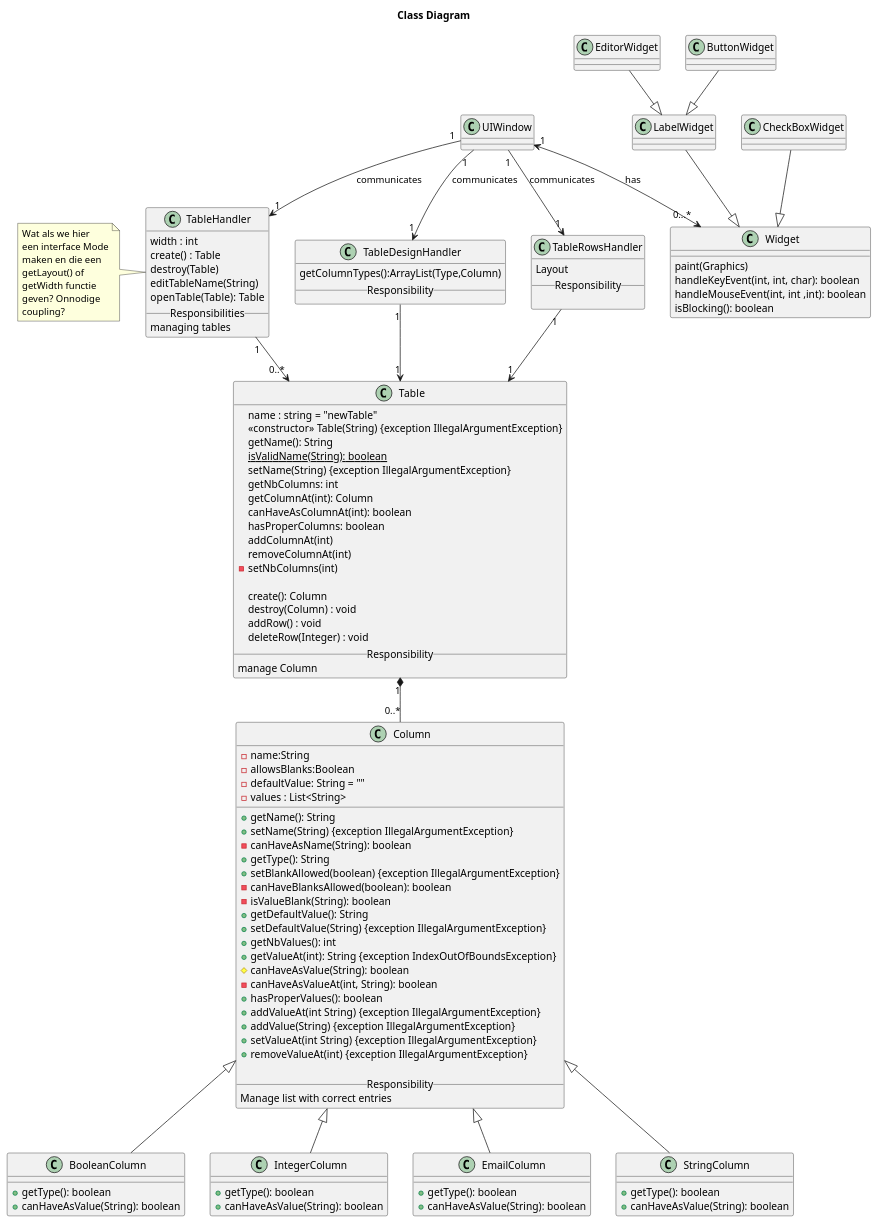
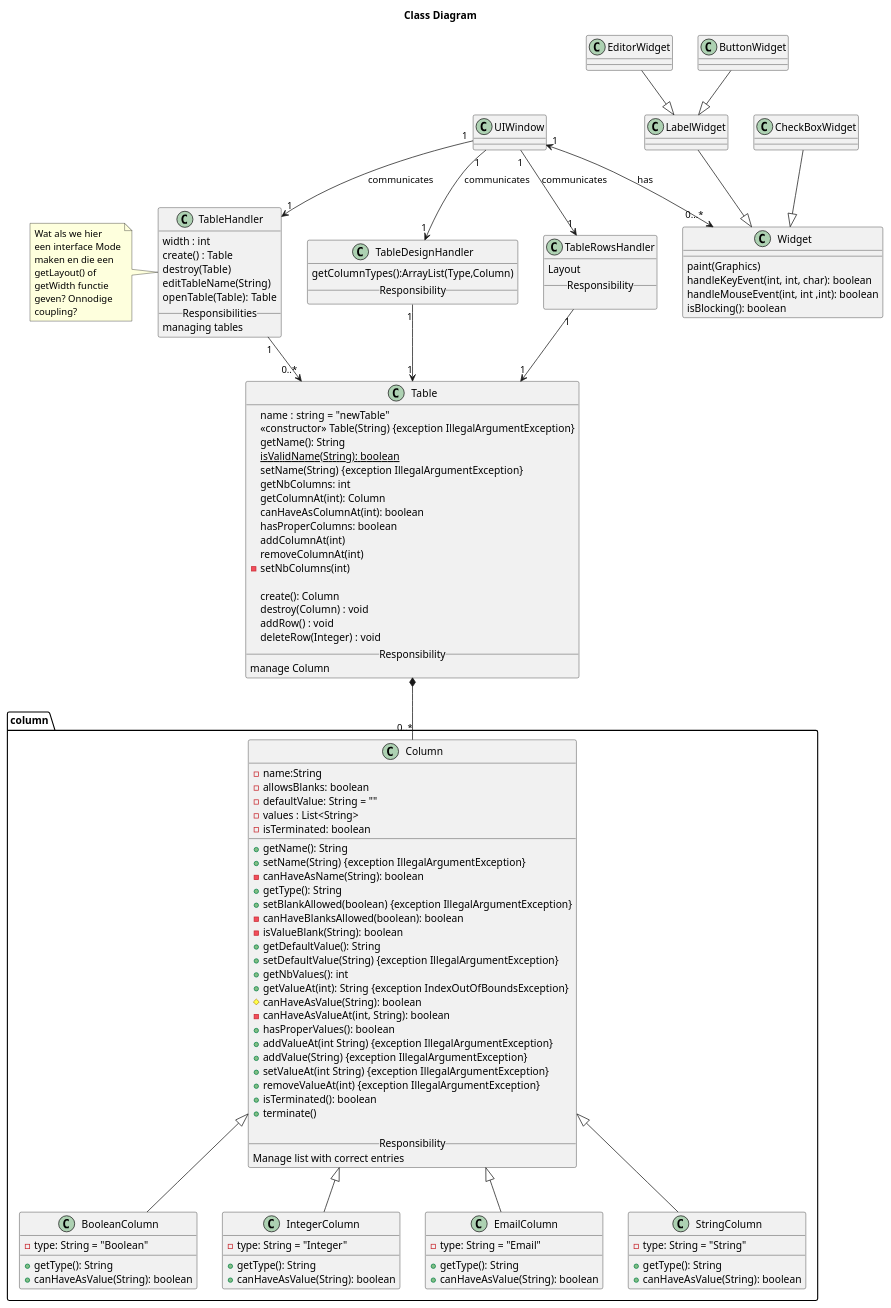
The diagram in diagrams/classDiagrams/classDiagramB.puml (Bhamoss/softwareOntwerpProject), drawn with PlantUML before and after one commit. The commit also changed 5 other files, not shown here.

```diff
--- a/diagrams/classDiagrams/classDiagramB.puml
+++ b/diagrams/classDiagrams/classDiagramB.puml
@@ -1,152 +1,162 @@
 @startuml
 title Class Diagram
 
 class Widget{
     paint(Graphics)
     handleKeyEvent(int, int, char): boolean
     handleMouseEvent(int, int ,int): boolean
     isBlocking(): boolean
 }
 UIWindow "1" <--> "0...*" Widget: has
 
 
 
 class LabelWidget{
 }
 LabelWidget --|> Widget
 
 
 class EditorWidget{
 }
 EditorWidget --|> LabelWidget
 
 class CheckBoxWidget{
 }
 CheckBoxWidget --|> Widget
 class ButtonWidget{
 }
 ButtonWidget --|> LabelWidget
 
 
 
 class UIWindow{
 }
 
 UIWindow "1" --> "1" TableHandler:  communicates
 UIWindow "1" --> "1" TableDesignHandler:  communicates
 UIWindow "1" --> "1" TableRowsHandler:  communicates
 
 
 class TableHandler{
     width : int
     create() : Table
     destroy(Table)
     editTableName(String)
     openTable(Table): Table
     __Responsibilities__
     managing tables
 }
 note left
     Wat als we hier
     een interface Mode
     maken en die een
     getLayout() of
     getWidth functie
     geven? Onnodige
     coupling?
 end note
 TableHandler "1" --> "0..*" Table
 TableDesignHandler "1" --> "1" Table
 TableRowsHandler "1" --> "1" Table
 
 
 class TableDesignHandler{
     getColumnTypes():ArrayList(Type,Column)
 __Responsibility__
 }
 
 class TableRowsHandler{
     Layout
 __Responsibility__
 
 }
 
 class Table{
     name : string = "newTable"
     <<constructor>> Table(String) {exception IllegalArgumentException}
     getName(): String
     isValidName(String): boolean {static}
     setName(String) {exception IllegalArgumentException}
     getNbColumns: int
     getColumnAt(int): Column
     canHaveAsColumnAt(int): boolean
     hasProperColumns: boolean
     addColumnAt(int)
     removeColumnAt(int)
     - setNbColumns(int)
 
     create(): Column
     destroy(Column) : void
     addRow() : void
     deleteRow(Integer) : void
 __Responsibility__
 manage Column
 }
 
-Column <|-- BooleanColumn
-Column <|-- IntegerColumn
-Column <|-- EmailColumn
-Column <|-- StringColumn
+package "column" {
 
-class Column{
-    -name:String
-    -allowsBlanks:Boolean
-    -defaultValue: String = ""
-    -values : List<String>
-    __
-    +getName(): String
-    +setName(String) {exception IllegalArgumentException}
-    -canHaveAsName(String): boolean
-    +getType(): String
-    +setBlankAllowed(boolean) {exception IllegalArgumentException}
-    -canHaveBlanksAllowed(boolean): boolean
-    -isValueBlank(String): boolean
-    +getDefaultValue(): String
-    +setDefaultValue(String) {exception IllegalArgumentException}
-    +getNbValues(): int
-    +getValueAt(int): String {exception IndexOutOfBoundsException}
-    #canHaveAsValue(String): boolean
-    -canHaveAsValueAt(int, String): boolean
-    +hasProperValues(): boolean
-    +addValueAt(int String) {exception IllegalArgumentException}
-    +addValue(String) {exception IllegalArgumentException}
-    +setValueAt(int String) {exception IllegalArgumentException}
-    +removeValueAt(int) {exception IllegalArgumentException}
+    Column <|-- BooleanColumn
+    Column <|-- IntegerColumn
+    Column <|-- EmailColumn
+    Column <|-- StringColumn
 
-__Responsibility__
-Manage list with correct entries
-}
+    class Column{
+        -name:String
+        -allowsBlanks: boolean
+        -defaultValue: String = ""
+        -values : List<String>
+        -isTerminated: boolean
+        __
+        +getName(): String
+        +setName(String) {exception IllegalArgumentException}
+        -canHaveAsName(String): boolean
+        +getType(): String
+        +setBlankAllowed(boolean) {exception IllegalArgumentException}
+        -canHaveBlanksAllowed(boolean): boolean
+        -isValueBlank(String): boolean
+        +getDefaultValue(): String
+        +setDefaultValue(String) {exception IllegalArgumentException}
+        +getNbValues(): int
+        +getValueAt(int): String {exception IndexOutOfBoundsException}
+        #canHaveAsValue(String): boolean
+        -canHaveAsValueAt(int, String): boolean
+        +hasProperValues(): boolean
+        +addValueAt(int String) {exception IllegalArgumentException}
+        +addValue(String) {exception IllegalArgumentException}
+        +setValueAt(int String) {exception IllegalArgumentException}
+        +removeValueAt(int) {exception IllegalArgumentException}
+        +isTerminated(): boolean
+        +terminate()
 
-Table "1" *-- "0..*" Column
+    __Responsibility__
+    Manage list with correct entries
+    }
 
-class BooleanColumn{
-__
-+getType(): boolean
-+canHaveAsValue(String): boolean
-}
-class StringColumn{
-__
-+getType(): boolean
-+canHaveAsValue(String): boolean
-}
-class EmailColumn{
-__
-+getType(): boolean
-+canHaveAsValue(String): boolean
-}
-class IntegerColumn{
-__
-+getType(): boolean
-+canHaveAsValue(String): boolean
+    Table *-- "0..*" Column
+
+    class BooleanColumn{
+        -type: String = "Boolean"
+        __
+        +getType(): String
+        +canHaveAsValue(String): boolean
+    }
+    class StringColumn{
+        -type: String = "String"
+        __
+        +getType(): String
+        +canHaveAsValue(String): boolean
+    }
+    class EmailColumn{
+        -type: String = "Email"
+        __
+        +getType(): String
+        +canHaveAsValue(String): boolean
+    }
+    class IntegerColumn{
+        -type: String = "Integer"
+        __
+        +getType(): String
+        +canHaveAsValue(String): boolean
+    }
 }
 @enduml
```
